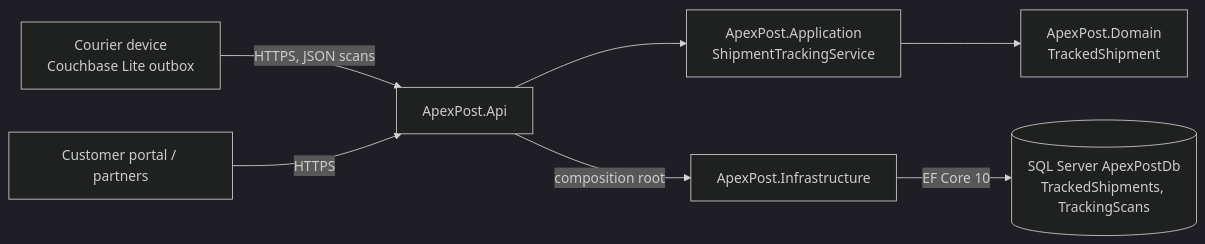
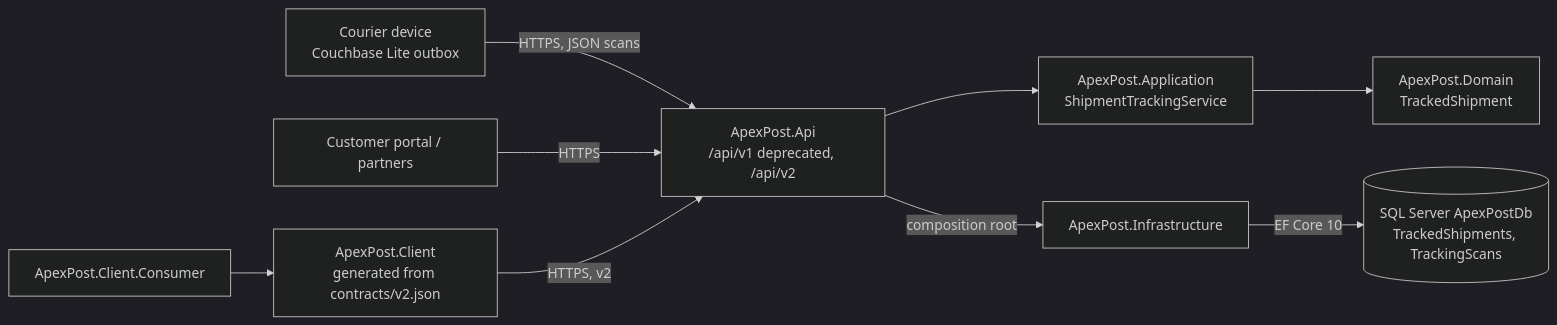
Before and after one commit to NarendraDappili/ApexPostLogisticsRepo: the second of 2 diagrams in docs/architecture/README.md, drawn with Mermaid (dark theme). The commit also changed other lines of this file and 12 other files, not shown here.

Commit message:
Track the API contracts: drift test against contracts/*.json, VERSIONING.md with breaking/non-breaking changes and v1's sunset plan, ADRs 0027-0028, .http for both versions, Part C docs

````diff
--- a/docs/architecture/README.md
+++ b/docs/architecture/README.md
@@ -36,9 +40,11 @@
 ```mermaid
 flowchart LR
-    Device[Courier device<br/>Couchbase Lite outbox] -->|HTTPS, JSON scans| Api[ApexPost.Api]
+    Device[Courier device<br/>Couchbase Lite outbox] -->|HTTPS, JSON scans| Api[ApexPost.Api<br/>/api/v1 deprecated, /api/v2]
     Portal[Customer portal / partners] -->|HTTPS| Api
+    Client[ApexPost.Client<br/>generated from contracts/v2.json] -->|HTTPS, v2| Api
+    Consumer[ApexPost.Client.Consumer] --> Client
     Api --> App[ApexPost.Application<br/>ShipmentTrackingService]
     App --> Domain[ApexPost.Domain<br/>TrackedShipment]
     Api -->|composition root| Infra[ApexPost.Infrastructure]
     Infra -->|EF Core 10| Sql[(SQL Server ApexPostDb<br/>TrackedShipments, TrackingScans)]
 ```
````
